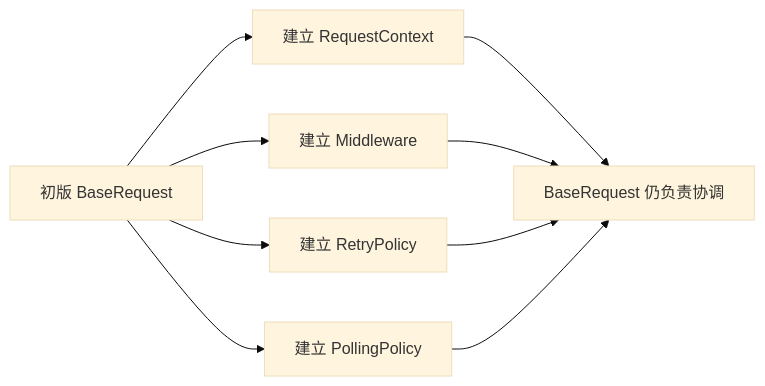
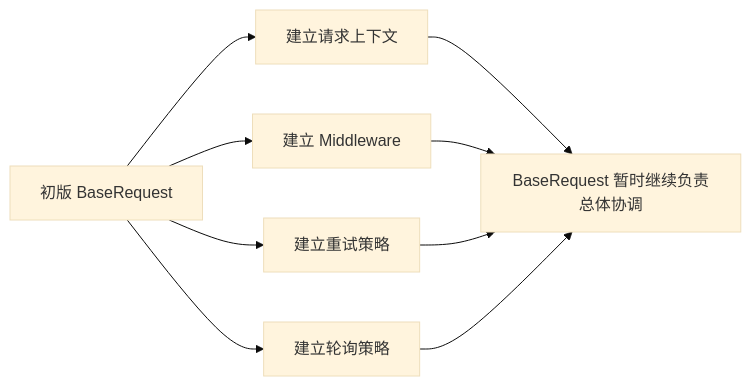
One commit to wjy801/llm_api_case changed diagram 13 of 20 in course/DAY01_EVOLUTION_PROBLEM_MAP.md. Above: the diagram before and after it, drawn with Mermaid (base theme). The commit also changed other lines of this file, not shown here.

````diff
--- a/course/DAY01_EVOLUTION_PROBLEM_MAP.md
+++ b/course/DAY01_EVOLUTION_PROBLEM_MAP.md
@@ -399,11 +336,11 @@
 ```mermaid
 flowchart LR
-    A[初版 BaseRequest] --> B[建立 RequestContext]
-    A --> C[建立 Middleware]
-    A --> D[建立 RetryPolicy]
-    A --> E[建立 PollingPolicy]
-    B --> F[BaseRequest 仍负责协调]
+    A["初版 BaseRequest"] --> B["建立请求上下文"]
+    A --> C["建立 Middleware"]
+    A --> D["建立重试策略"]
+    A --> E["建立轮询策略"]
+    B --> F["BaseRequest 暂时继续负责总体协调"]
     C --> F
     D --> F
     E --> F
 ```
````
